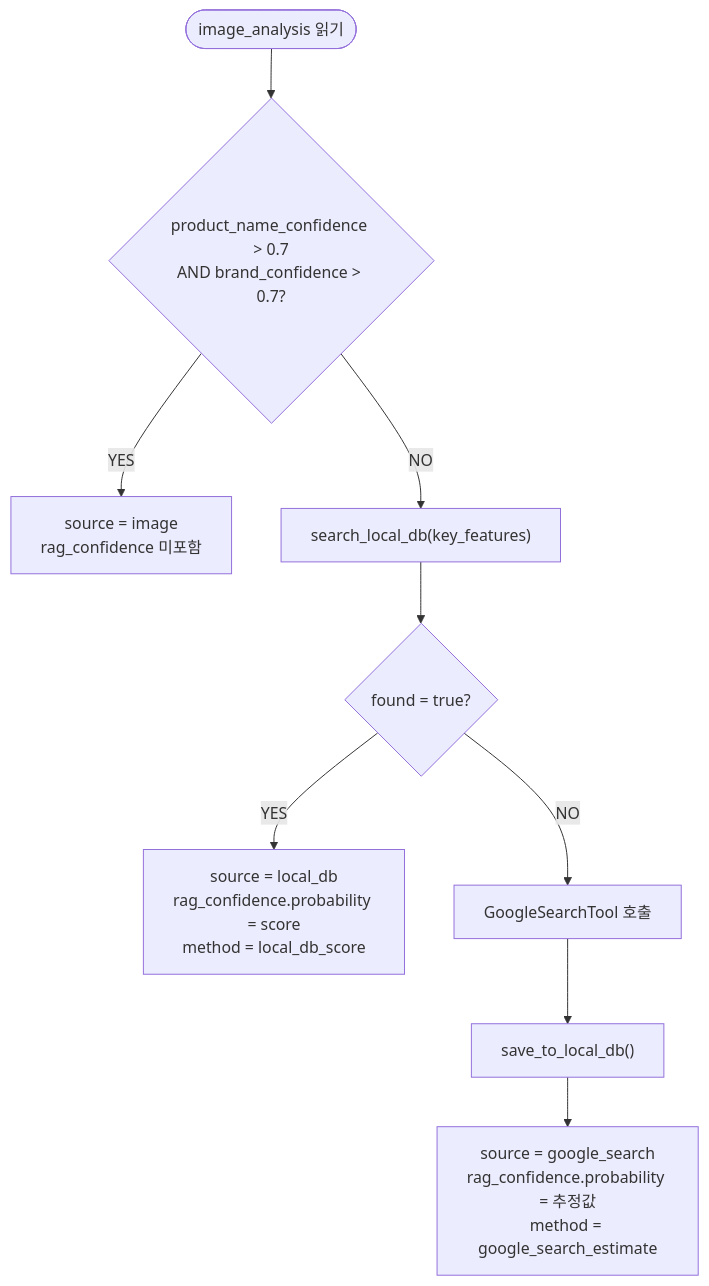
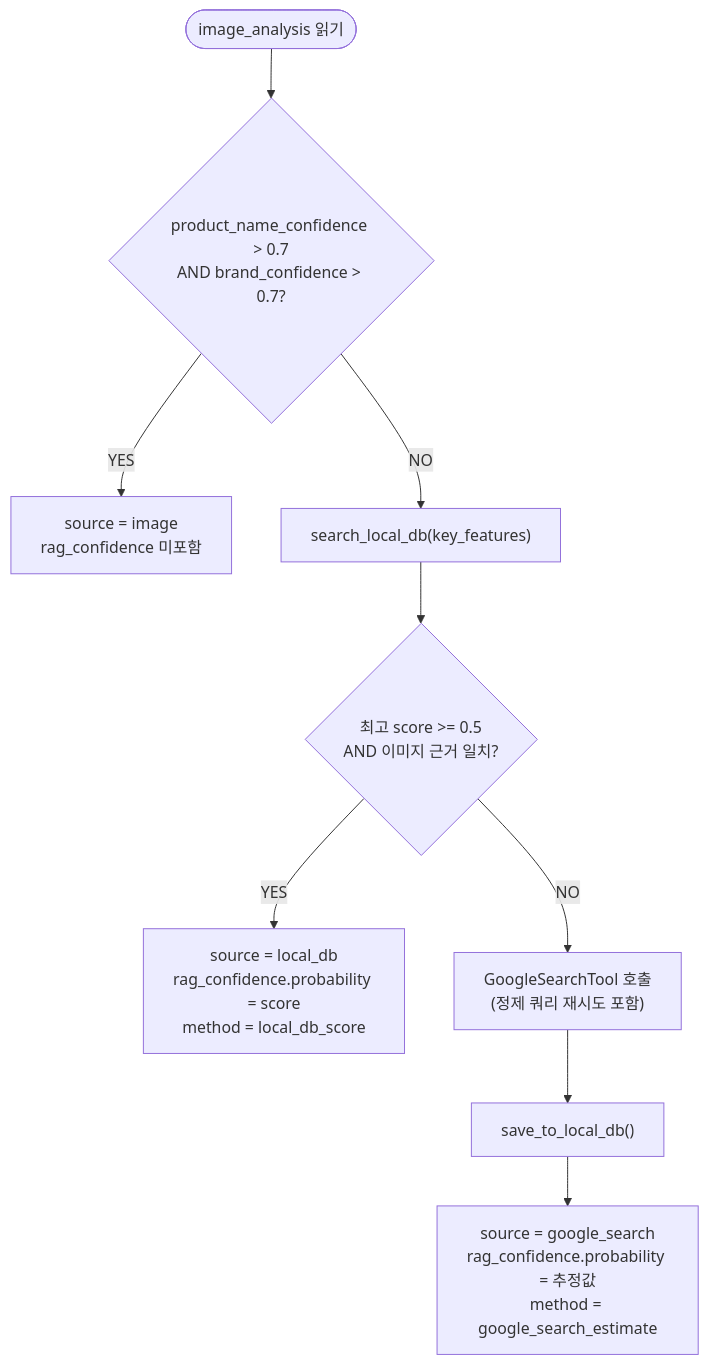
The third of 5 diagrams in ARCHITECTURE.md (ilwoo-park/whatis), drawn with Mermaid before and after one commit. The commit also changed other lines of this file and 2 other files, not shown here.

````diff
--- a/ARCHITECTURE.md
+++ b/ARCHITECTURE.md
@@ -122,11 +129,11 @@
 ```mermaid
 flowchart TD
     START(["image_analysis 읽기"]) --> CHECK{"product_name_confidence > 0.7\nAND brand_confidence > 0.7?"}
     CHECK -->|YES| SRC_IMAGE["source = image\nrag_confidence 미포함"]
     CHECK -->|NO| SDB["search_local_db(key_features)"]
-    SDB --> FOUND{"found = true?"}
+    SDB --> FOUND{"최고 score >= 0.5\nAND 이미지 근거 일치?"}
     FOUND -->|YES| SRC_LOCAL["source = local_db\nrag_confidence.probability = score\nmethod = local_db_score"]
-    FOUND -->|NO| GSEARCH["GoogleSearchTool 호출"]
+    FOUND -->|NO| GSEARCH["GoogleSearchTool 호출\n(정제 쿼리 재시도 포함)"]
     GSEARCH --> SAVE["save_to_local_db()"]
     SAVE --> SRC_GOOGLE["source = google_search\nrag_confidence.probability = 추정값\nmethod = google_search_estimate"]
 ```
````
